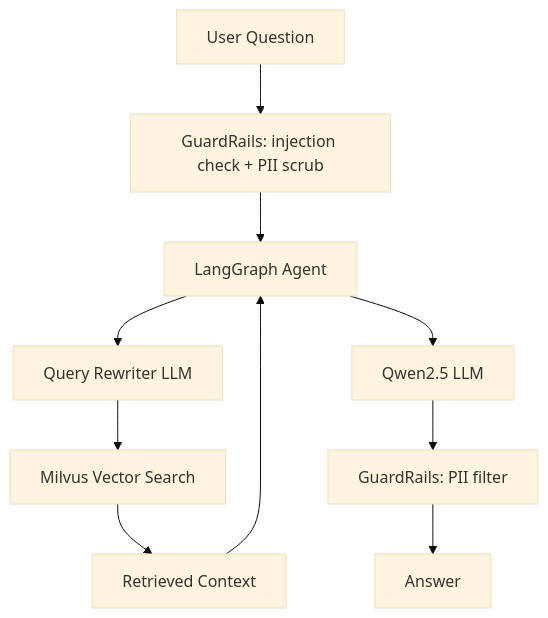
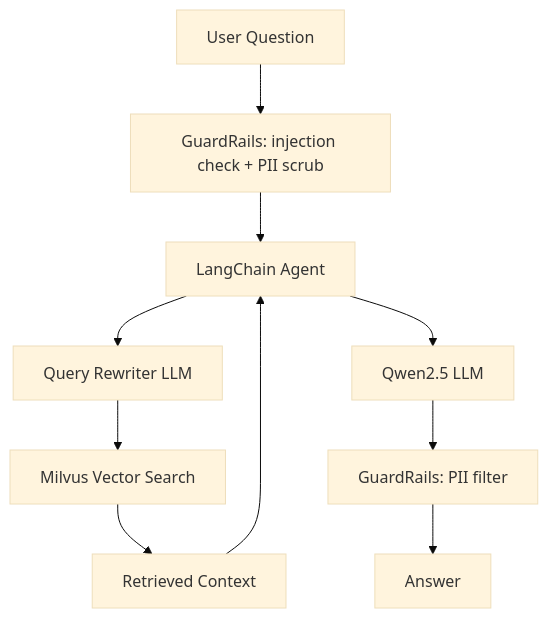
One commit to AdnanSevincDS/parking-agent-system changed the diagram in README.md. Above: the diagram before and after it, drawn with Mermaid (base theme). The commit also changed other lines of this file and 10 other files, not shown here.

````diff
--- a/README.md
+++ b/README.md
@@ -121,12 +151,12 @@
 ```mermaid
 graph TD
     A[User Question] --> B[GuardRails: injection check + PII scrub]
-    B --> C[LangGraph Agent]
+    B --> C[LangChain Agent]
     C --> D[Query Rewriter LLM]
     D --> E[Milvus Vector Search]
     E --> F[Retrieved Context]
     F --> C
     C --> G[Qwen2.5 LLM]
     G --> H[GuardRails: PII filter]
     H --> I[Answer]
 ```
````
